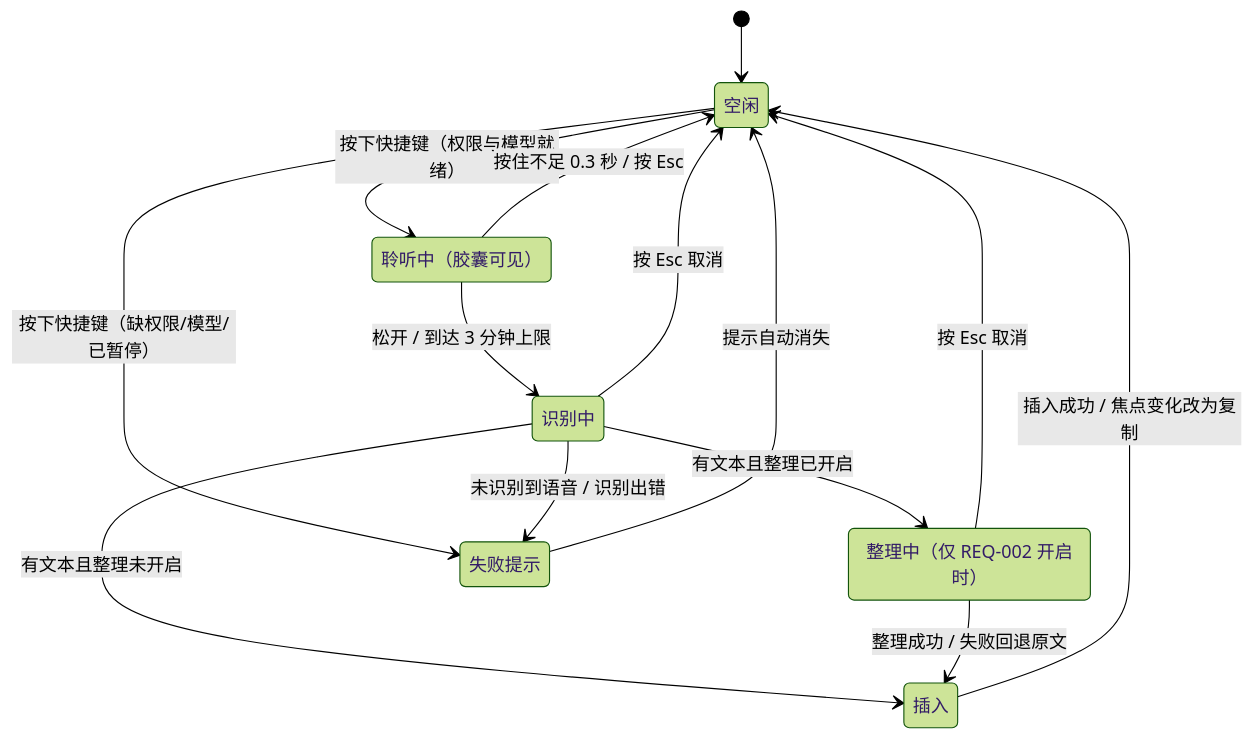
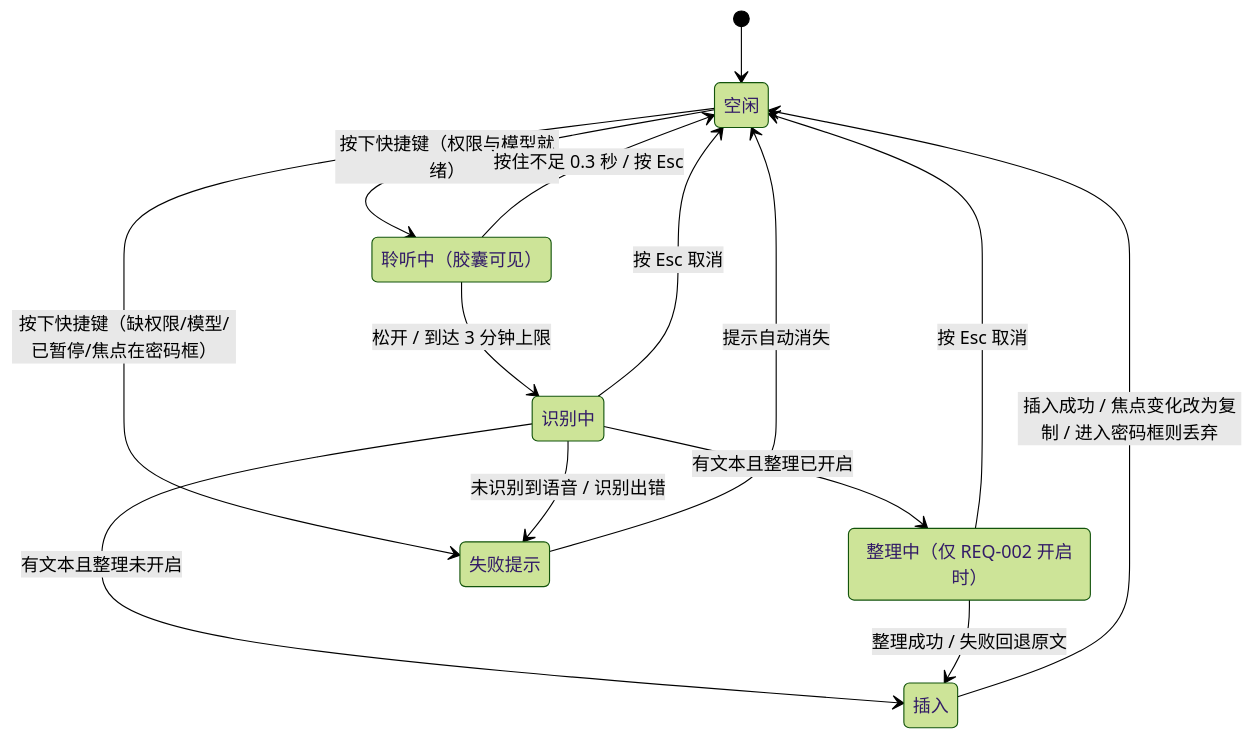
Before and after one commit to arnow117/voice-dictation: the first of 2 diagrams in .sdlc-v1/context/REQ-001.product.md, drawn with Mermaid (forest theme). The commit also changed other lines of this file and 4 other files, not shown here.

````diff
--- a/.sdlc-v1/context/REQ-001.product.md
+++ b/.sdlc-v1/context/REQ-001.product.md
@@ -241,22 +278,22 @@
 ```mermaid
 stateDiagram-v2
     state "空闲" as Idle
     state "聆听中（胶囊可见）" as Listening
     state "识别中" as Recognizing
     state "整理中（仅 REQ-002 开启时）" as Polishing
     state "插入" as Inserting
     state "失败提示" as Failed
     [*] --> Idle
     Idle --> Listening: 按下快捷键（权限与模型就绪）
-    Idle --> Failed: 按下快捷键（缺权限/模型/已暂停）
+    Idle --> Failed: 按下快捷键（缺权限/模型/已暂停/焦点在密码框）
     Listening --> Idle: 按住不足 0.3 秒 / 按 Esc
     Listening --> Recognizing: 松开 / 到达 3 分钟上限
     Recognizing --> Polishing: 有文本且整理已开启
     Recognizing --> Inserting: 有文本且整理未开启
     Recognizing --> Failed: 未识别到语音 / 识别出错
     Polishing --> Inserting: 整理成功 / 失败回退原文
     Recognizing --> Idle: 按 Esc 取消
     Polishing --> Idle: 按 Esc 取消
-    Inserting --> Idle: 插入成功 / 焦点变化改为复制
+    Inserting --> Idle: 插入成功 / 焦点变化改为复制 / 进入密码框则丢弃
     Failed --> Idle: 提示自动消失
 ```
````
